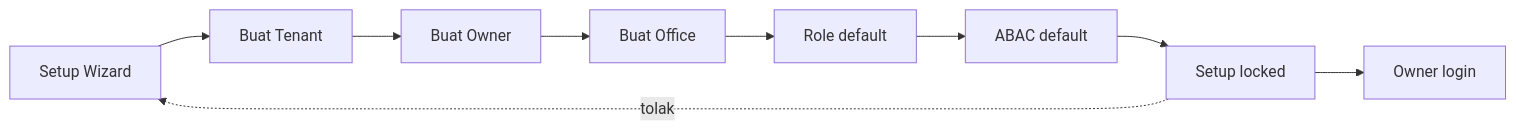
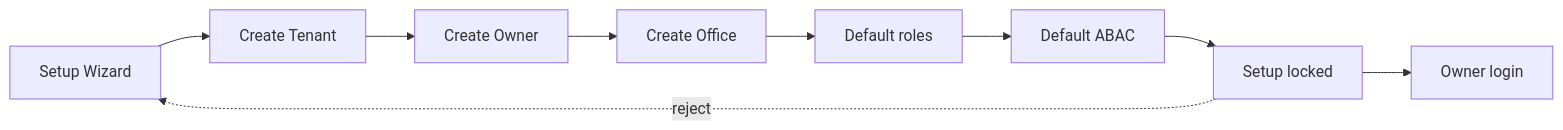
Before and after one commit to ahliweb/awcms: the first of 5 diagrams in docs/awcms/08_sop_operasional_user_guide.md, drawn with Mermaid. The commit also changed other lines of this file and 603 other files, not shown here.

````diff
--- a/docs/awcms/08_sop_operasional_user_guide.md
+++ b/docs/awcms/08_sop_operasional_user_guide.md
@@ -84,11 +86,11 @@
 ```mermaid
 flowchart LR
-  A[Setup Wizard] --> B[Buat Tenant]
-  B --> C[Buat Owner]
-  C --> D[Buat Office]
-  D --> E[Role default]
-  E --> F[ABAC default]
+  A[Setup Wizard] --> B[Create Tenant]
+  B --> C[Create Owner]
+  C --> D[Create Office]
+  D --> E[Default roles]
+  E --> F[Default ABAC]
   F --> G[Setup locked]
   G --> H[Owner login]
-  G -. tolak .-> A
+  G -. reject .-> A
 ```
````
